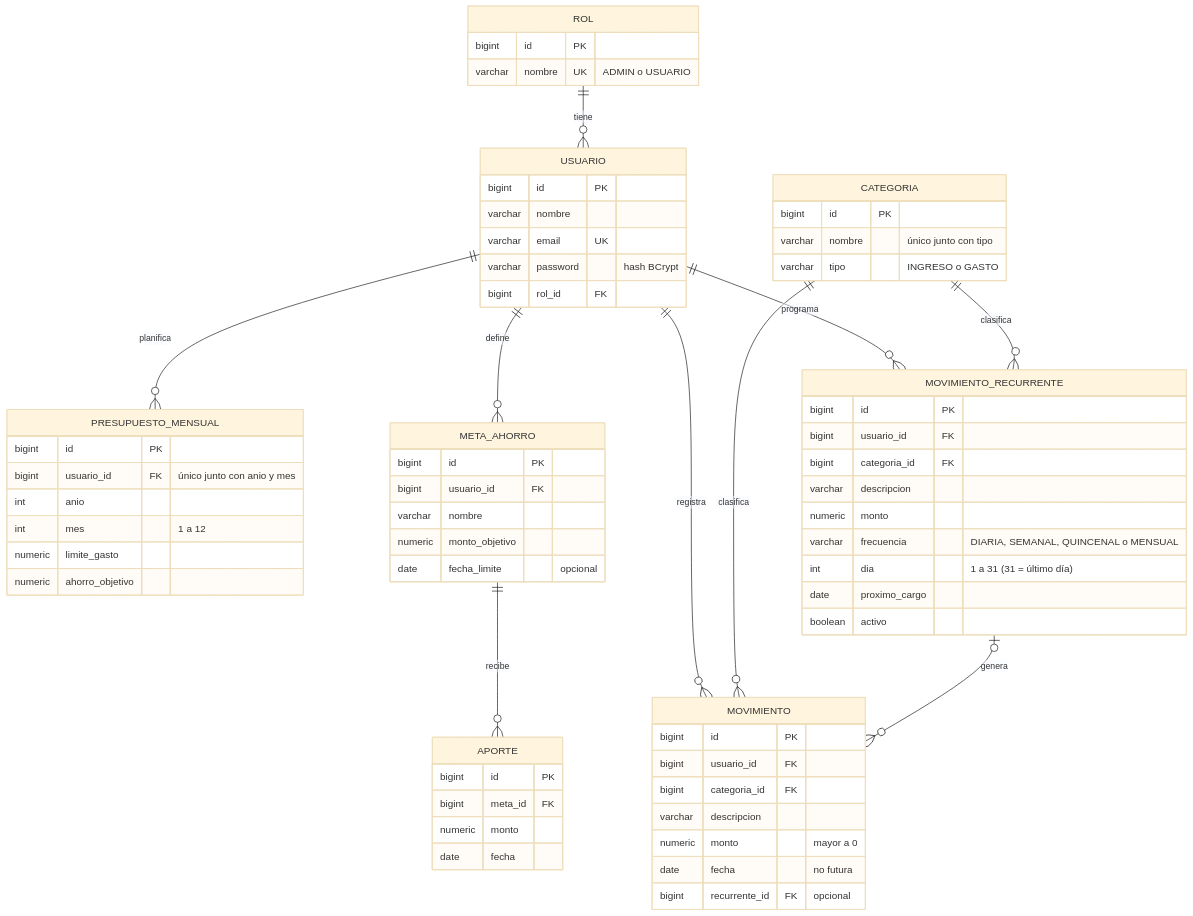
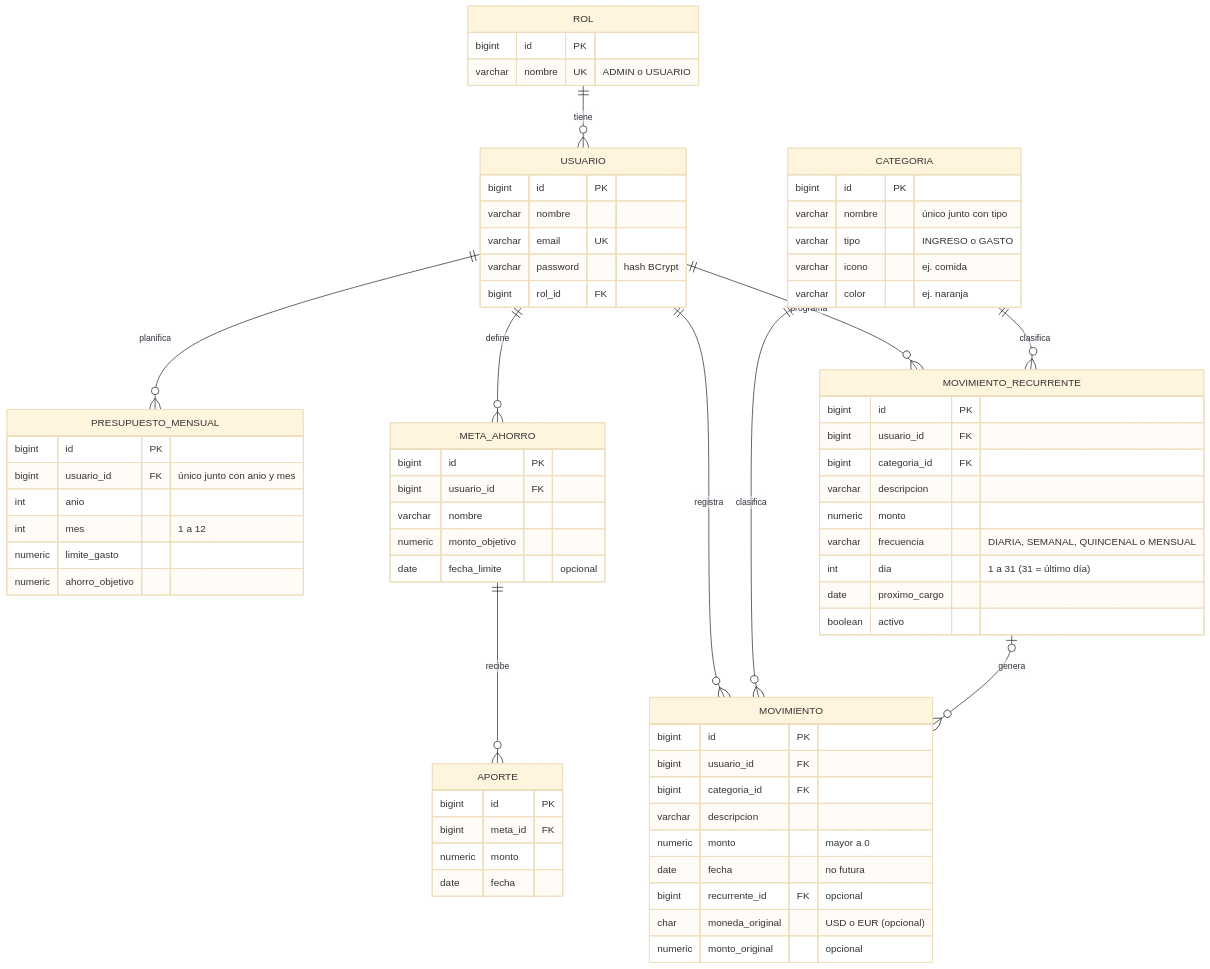
Before and after one commit to DiegoPorrasZela/GAMS-Finanzas-backend: the fourth of 4 diagrams in README.md, drawn with Mermaid (base theme). The commit also changed other lines of this file and 10 other files, not shown here.

````diff
--- a/README.md
+++ b/README.md
@@ -117,70 +120,74 @@
 ```mermaid
 erDiagram
     ROL ||--o{ USUARIO : "tiene"
     USUARIO ||--o{ MOVIMIENTO : "registra"
     CATEGORIA ||--o{ MOVIMIENTO : "clasifica"
     USUARIO ||--o{ PRESUPUESTO_MENSUAL : "planifica"
     USUARIO ||--o{ META_AHORRO : "define"
     META_AHORRO ||--o{ APORTE : "recibe"
     USUARIO ||--o{ MOVIMIENTO_RECURRENTE : "programa"
     CATEGORIA ||--o{ MOVIMIENTO_RECURRENTE : "clasifica"
     MOVIMIENTO_RECURRENTE |o--o{ MOVIMIENTO : "genera"
 
     ROL {
         bigint id PK
         varchar nombre UK "ADMIN o USUARIO"
     }
     USUARIO {
         bigint id PK
         varchar nombre
         varchar email UK
         varchar password "hash BCrypt"
         bigint rol_id FK
     }
     CATEGORIA {
         bigint id PK
         varchar nombre "único junto con tipo"
         varchar tipo "INGRESO o GASTO"
+        varchar icono "ej. comida"
+        varchar color "ej. naranja"
     }
     MOVIMIENTO {
         bigint id PK
         bigint usuario_id FK
         bigint categoria_id FK
         varchar descripcion
         numeric monto "mayor a 0"
         date fecha "no futura"
         bigint recurrente_id FK "opcional"
+        char moneda_original "USD o EUR (opcional)"
+        numeric monto_original "opcional"
     }
     MOVIMIENTO_RECURRENTE {
         bigint id PK
         bigint usuario_id FK
         bigint categoria_id FK
         varchar descripcion
         numeric monto
         varchar frecuencia "DIARIA, SEMANAL, QUINCENAL o MENSUAL"
         int dia "1 a 31 (31 = último día)"
         date proximo_cargo
         boolean activo
     }
     PRESUPUESTO_MENSUAL {
         bigint id PK
         bigint usuario_id FK "único junto con anio y mes"
         int anio
         int mes "1 a 12"
         numeric limite_gasto
         numeric ahorro_objetivo
     }
     META_AHORRO {
         bigint id PK
         bigint usuario_id FK
         varchar nombre
         numeric monto_objetivo
         date fecha_limite "opcional"
     }
     APORTE {
         bigint id PK
         bigint meta_id FK
         numeric monto
         date fecha
     }
 ```
````
